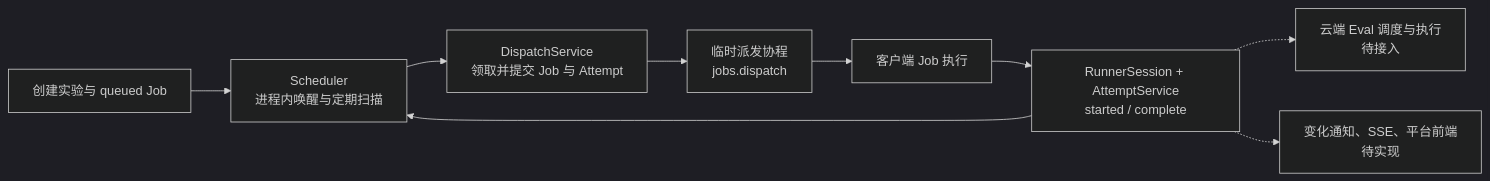
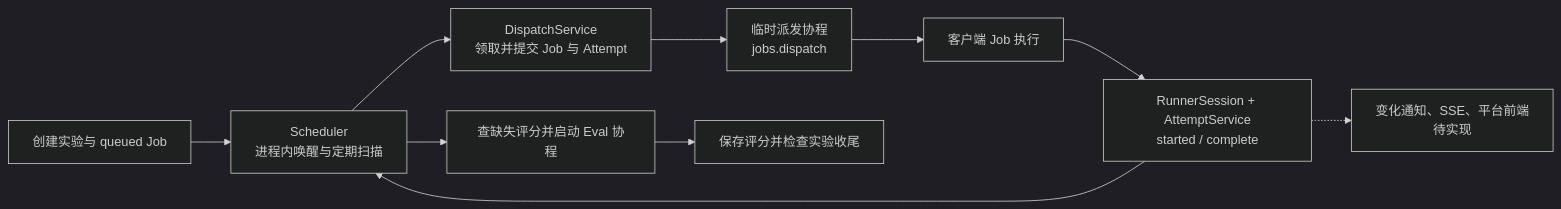
The tenth of 10 diagrams in docs/当前项目架构图解.md (qinghuan136/EvalForge), drawn with Mermaid (dark theme) before and after one commit. The commit also changed other lines of this file and 19 other files, not shown here.

````diff
--- a/docs/当前项目架构图解.md
+++ b/docs/当前项目架构图解.md
@@ -279,11 +279,12 @@
 ```mermaid
 flowchart LR
     API["创建实验与 queued Job"] --> Scheduler["Scheduler<br/>进程内唤醒与定期扫描"]
     Scheduler --> Claim["DispatchService<br/>领取并提交 Job 与 Attempt"]
     Claim --> Peer["临时派发协程<br/>jobs.dispatch"]
     Peer --> Client["客户端 Job 执行"]
     Client --> Ingest["RunnerSession + AttemptService<br/>started / complete"]
     Ingest --> Scheduler
-    Ingest -.-> Eval["云端 Eval 调度与执行<br/>待接入"]
+    Scheduler --> Eval["查缺失评分并启动 Eval 协程"]
+    Eval --> Scores["保存评分并检查实验收尾"]
     Ingest -.-> UI["变化通知、SSE、平台前端<br/>待实现"]
 ```
````
